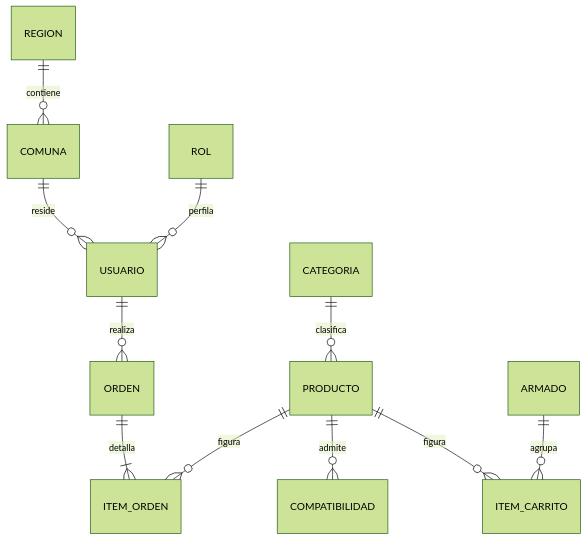
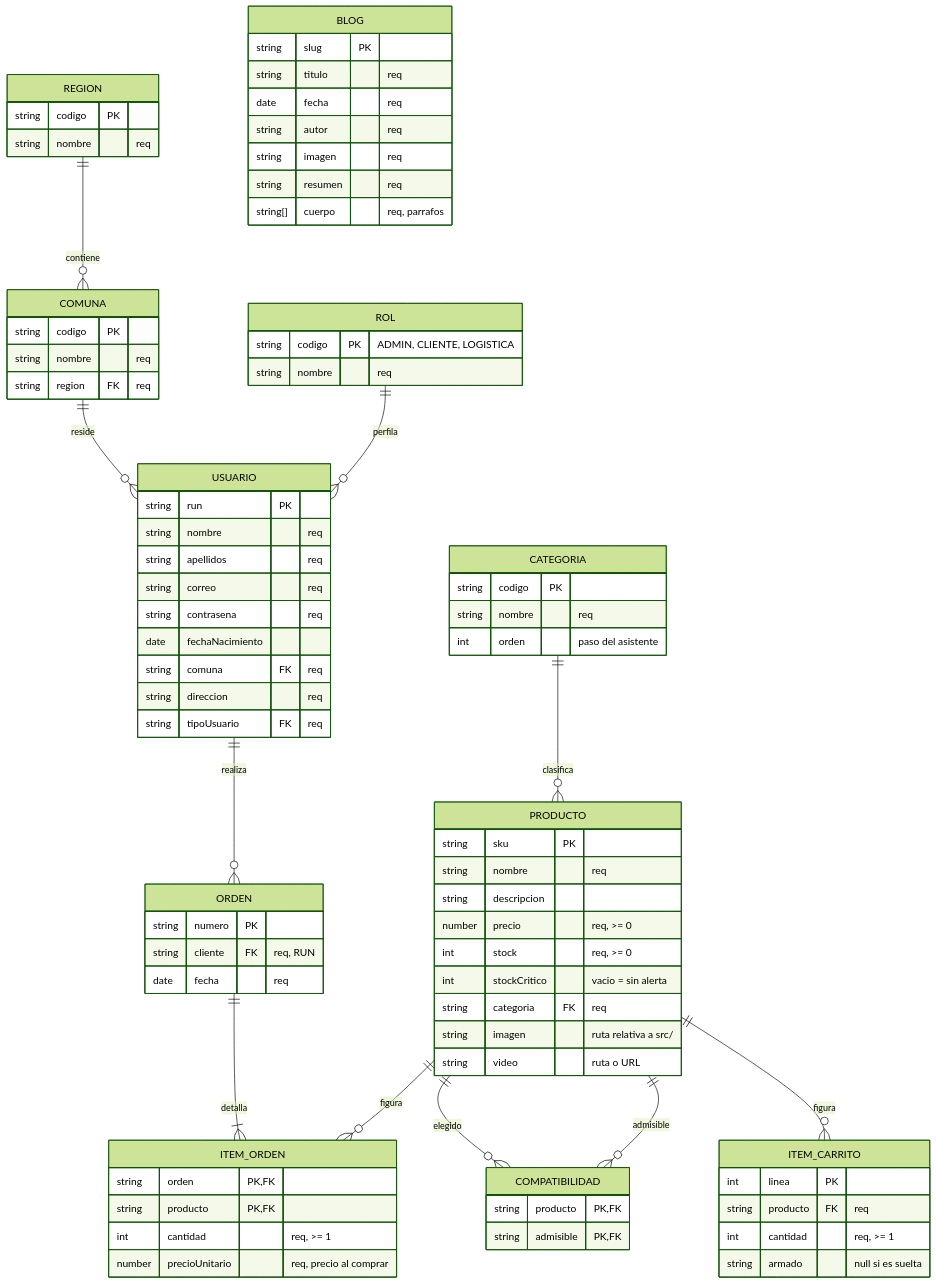
One commit to daemunozr/web_store changed the second of 2 diagrams in README.md. Above: the diagram before and after it, drawn with Mermaid (forest theme). The commit also changed other lines of this file, not shown here.

Commit message:
model update

````diff
--- a/README.md
+++ b/README.md
@@ -102,7 +104,8 @@
 ```mermaid
 erDiagram
   CATEGORIA ||--o{ PRODUCTO : clasifica
-  PRODUCTO ||--o{ COMPATIBILIDAD : admite
+  PRODUCTO ||--o{ COMPATIBILIDAD : elegido
+  PRODUCTO ||--o{ COMPATIBILIDAD : admisible
   REGION ||--o{ COMUNA : contiene
   COMUNA ||--o{ USUARIO : reside
   ROL ||--o{ USUARIO : perfila
@@ -110,5 +113,75 @@
   ORDEN ||--|{ ITEM_ORDEN : detalla
   PRODUCTO ||--o{ ITEM_ORDEN : figura
   PRODUCTO ||--o{ ITEM_CARRITO : figura
-  ARMADO ||--o{ ITEM_CARRITO : agrupa
+
+  CATEGORIA {
+    string codigo PK
+    string nombre "req"
+    int orden "paso del asistente"
+  }
+  PRODUCTO {
+    string sku PK
+    string nombre "req"
+    string descripcion
+    number precio "req, >= 0"
+    int stock "req, >= 0"
+    int stockCritico "vacio = sin alerta"
+    string categoria FK "req"
+    string imagen "ruta relativa a src/"
+    string video "ruta o URL"
+  }
+  COMPATIBILIDAD {
+    string producto PK, FK
+    string admisible PK, FK
+  }
+  REGION {
+    string codigo PK
+    string nombre "req"
+  }
+  COMUNA {
+    string codigo PK
+    string nombre "req"
+    string region FK "req"
+  }
+  ROL {
+    string codigo PK "ADMIN, CLIENTE, LOGISTICA"
+    string nombre "req"
+  }
+  USUARIO {
+    string run PK
+    string nombre "req"
+    string apellidos "req"
+    string correo "req"
+    string contrasena "req"
+    date fechaNacimiento
+    string comuna FK "req"
+    string direccion "req"
+    string tipoUsuario FK "req"
+  }
+  ORDEN {
+    string numero PK
+    string cliente FK "req, RUN"
+    date fecha "req"
+  }
+  ITEM_ORDEN {
+    string orden PK, FK
+    string producto PK, FK
+    int cantidad "req, >= 1"
+    number precioUnitario "req, precio al comprar"
+  }
+  ITEM_CARRITO {
+    int linea PK
+    string producto FK "req"
+    int cantidad "req, >= 1"
+    string armado "null si es suelta"
+  }
+  BLOG {
+    string slug PK
+    string titulo "req"
+    date fecha "req"
+    string autor "req"
+    string imagen "req"
+    string resumen "req"
+    string[] cuerpo "req, parrafos"
+  }
 ```
````
